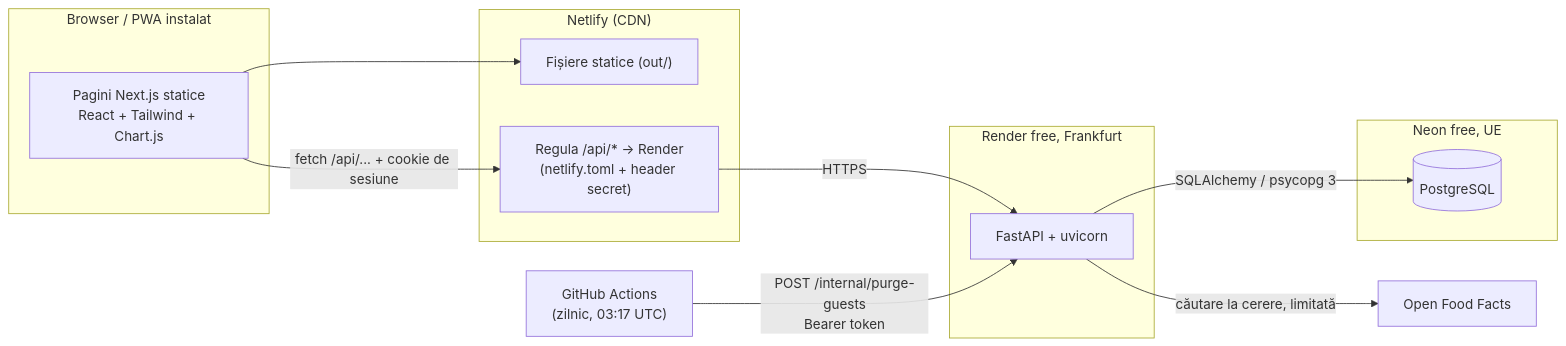
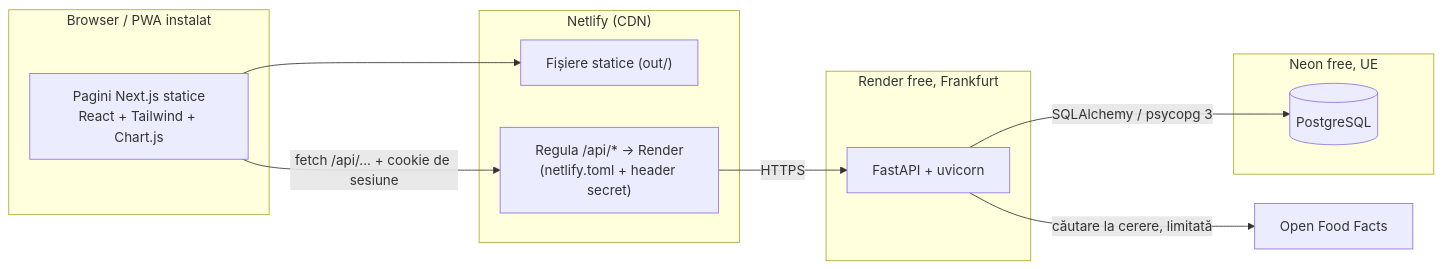
Before and after one commit to ManolacheIoan/fitplan: the diagram in docs/ARCHITECTURE.md, drawn with Mermaid. The commit also changed other lines of this file and 23 other files, not shown here.

````diff
--- a/docs/ARCHITECTURE.md
+++ b/docs/ARCHITECTURE.md
@@ -18,25 +18,23 @@
 ```mermaid
 flowchart LR
     subgraph Browser["Browser / PWA instalat"]
         UI["Pagini Next.js statice<br/>React + Tailwind + Chart.js"]
     end
     subgraph Netlify["Netlify (CDN)"]
         Static["Fișiere statice (out/)"]
         Proxy["Regula /api/* → Render<br/>(netlify.toml + header secret)"]
     end
     subgraph Render["Render free, Frankfurt"]
         API["FastAPI + uvicorn"]
     end
     subgraph Neon["Neon free, UE"]
         DB[("PostgreSQL")]
     end
     OFF["Open Food Facts"]
-    GHA["GitHub Actions<br/>(zilnic, 03:17 UTC)"]
 
     UI --> Static
     UI -->|"fetch /api/... + cookie de sesiune"| Proxy
     Proxy -->|HTTPS| API
     API -->|"SQLAlchemy / psycopg 3"| DB
     API -->|"căutare la cerere, limitată"| OFF
-    GHA -->|"POST /internal/purge-guests<br/>Bearer token"| API
 ```
````
